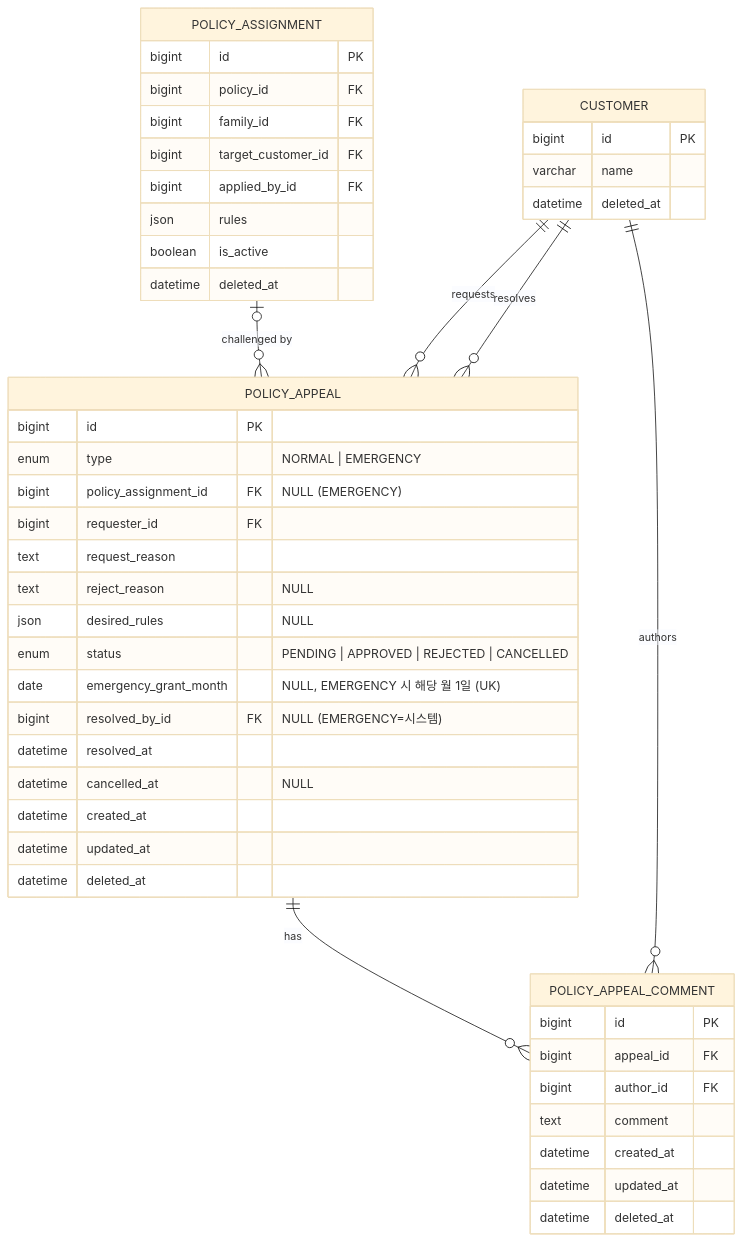
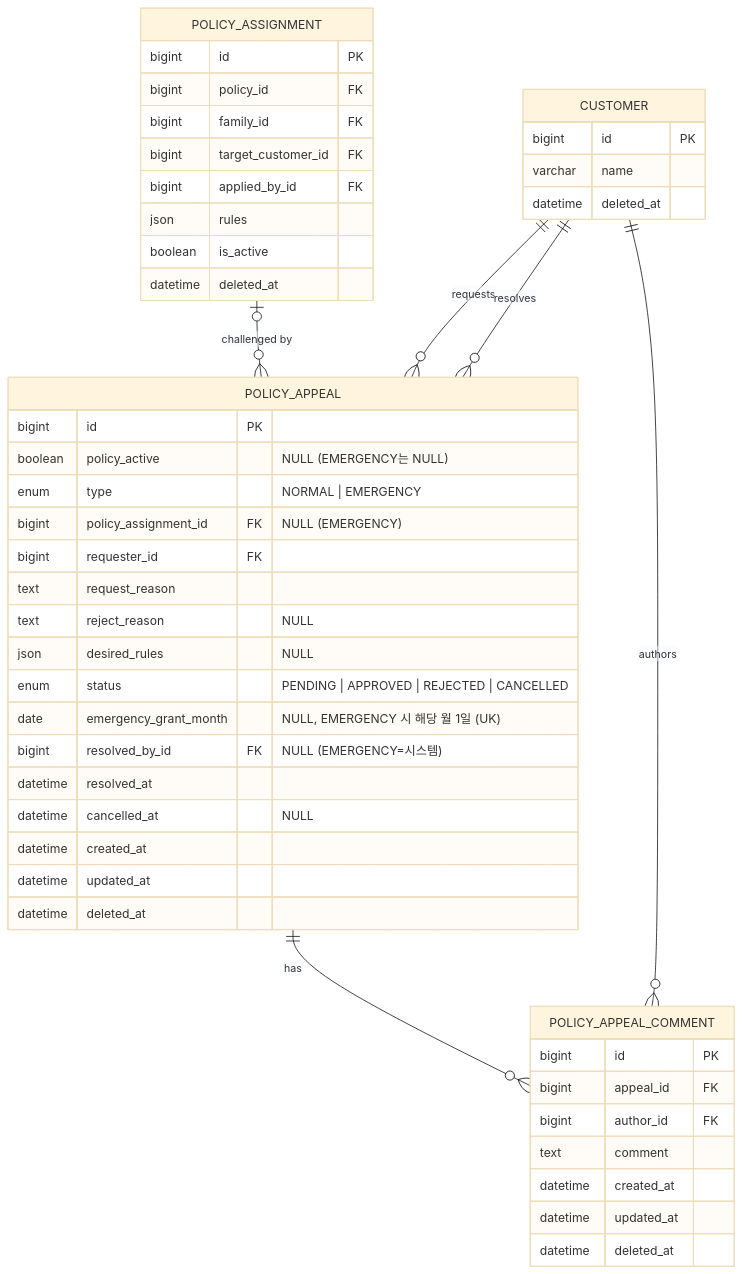
The fourth of 6 diagrams in src/main/resources/db/migration/docs/ERD.md (da-bom/dabom-api-core), drawn with Mermaid (base theme) before and after one commit. The commit also changed other lines of this file and 27 other files, not shown here.

````diff
--- a/src/main/resources/db/migration/docs/ERD.md
+++ b/src/main/resources/db/migration/docs/ERD.md
@@ -543,53 +547,54 @@
 ```mermaid
 erDiagram
     POLICY_ASSIGNMENT |o--o{ POLICY_APPEAL : "challenged by"
     CUSTOMER ||--o{ POLICY_APPEAL : "requests"
     CUSTOMER ||--o{ POLICY_APPEAL : "resolves"
     POLICY_APPEAL ||--o{ POLICY_APPEAL_COMMENT : "has"
     CUSTOMER ||--o{ POLICY_APPEAL_COMMENT : "authors"
 
     POLICY_ASSIGNMENT {
         bigint id PK
         bigint policy_id FK
         bigint family_id FK
         bigint target_customer_id FK
         bigint applied_by_id FK
         json rules
         boolean is_active
         datetime deleted_at
     }
 
     POLICY_APPEAL {
         bigint id PK
+        boolean policy_active "NULL (EMERGENCY는 NULL)"
         enum type "NORMAL | EMERGENCY"
         bigint policy_assignment_id FK "NULL (EMERGENCY)"
         bigint requester_id FK
         text request_reason
         text reject_reason "NULL"
         json desired_rules "NULL"
         enum status "PENDING | APPROVED | REJECTED | CANCELLED"
         date emergency_grant_month "NULL, EMERGENCY 시 해당 월 1일 (UK)"
         bigint resolved_by_id FK "NULL (EMERGENCY=시스템)"
         datetime resolved_at
         datetime cancelled_at "NULL"
         datetime created_at
         datetime updated_at
         datetime deleted_at
     }
 
     POLICY_APPEAL_COMMENT {
         bigint id PK
         bigint appeal_id FK
         bigint author_id FK
         text comment
         datetime created_at
         datetime updated_at
         datetime deleted_at
     }
 
     CUSTOMER {
         bigint id PK
         varchar name
         datetime deleted_at
     }
 ```
````
